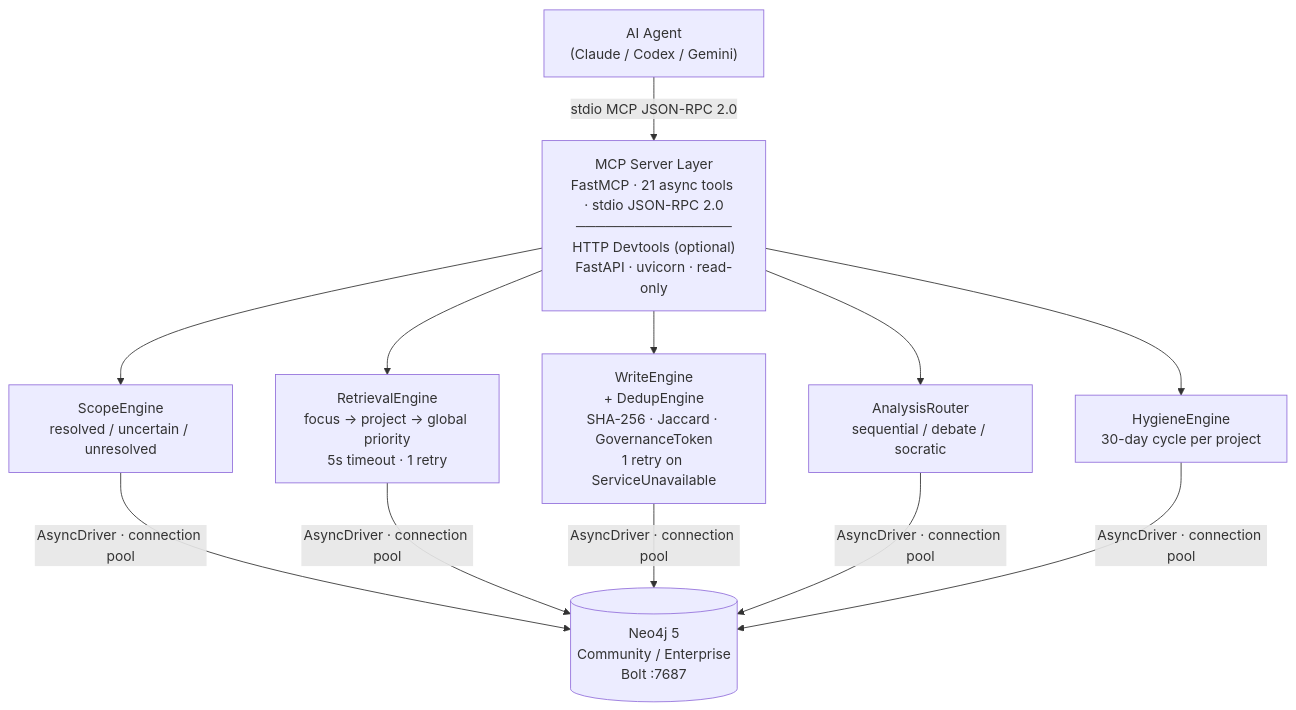
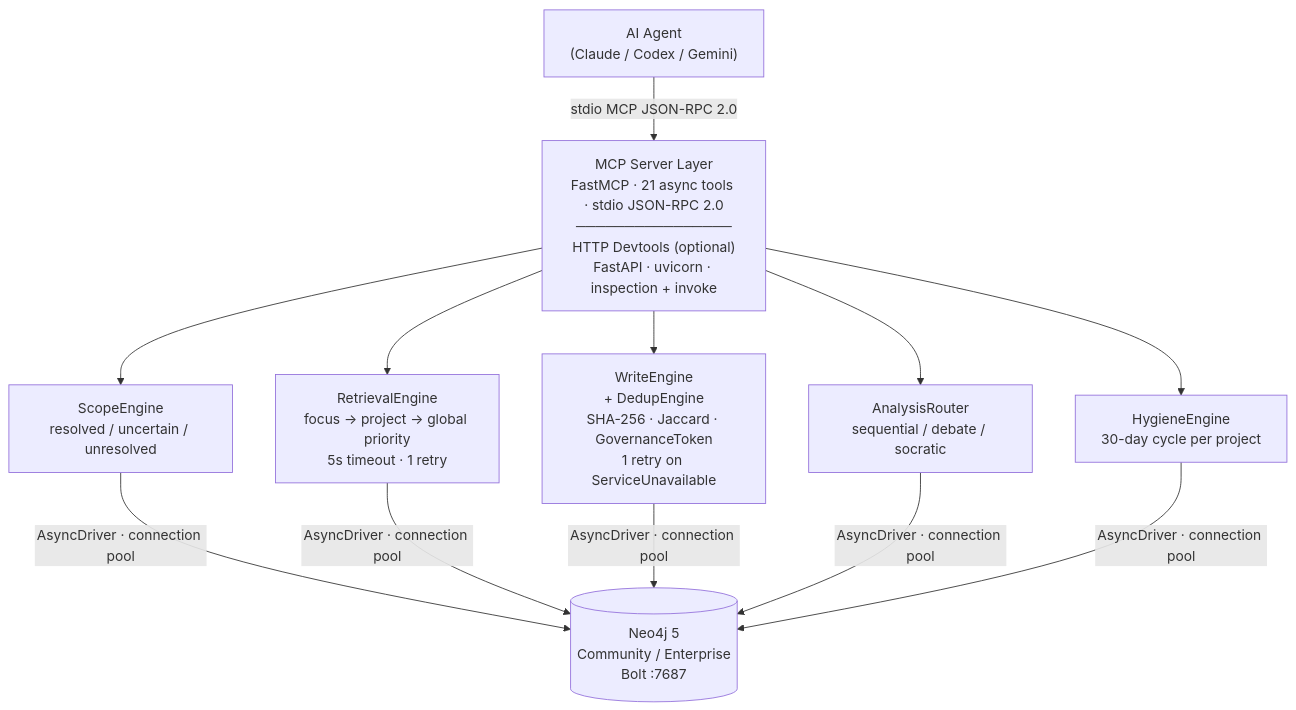
One commit to khoavu882/graphbase-memories-mcp changed the diagram in docs/architecture/system.md. Above: the diagram before and after it, drawn with Mermaid. The commit also changed other lines of this file and 10 other files, not shown here.

````diff
--- a/docs/architecture/system.md
+++ b/docs/architecture/system.md
@@ -10,19 +10,19 @@
 ```mermaid
 graph TD
     A["AI Agent<br/>(Claude / Codex / Gemini)"]
-    B["MCP Server Layer<br/>FastMCP · 21 async tools · stdio JSON-RPC 2.0<br/>────────────────<br/>HTTP Devtools (optional)<br/>FastAPI · uvicorn · read-only"]
+    B["MCP Server Layer<br/>FastMCP · 21 async tools · stdio JSON-RPC 2.0<br/>────────────────<br/>HTTP Devtools (optional)<br/>FastAPI · uvicorn · inspection + invoke"]
     C["ScopeEngine<br/>resolved / uncertain / unresolved"]
     D["RetrievalEngine<br/>focus → project → global priority<br/>5s timeout · 1 retry"]
     E["WriteEngine<br/>+ DedupEngine<br/>SHA-256 · Jaccard · GovernanceToken<br/>1 retry on ServiceUnavailable"]
     F["AnalysisRouter<br/>sequential / debate / socratic"]
     G["HygieneEngine<br/>30-day cycle per project"]
     N[("Neo4j 5<br/>Community / Enterprise<br/>Bolt :7687")]
 
     A -->|"stdio MCP JSON-RPC 2.0"| B
     B --> C
     B --> D
     B --> E
     B --> F
     B --> G
     C & D & E & F & G -->|"AsyncDriver · connection pool"| N
 ```
````
